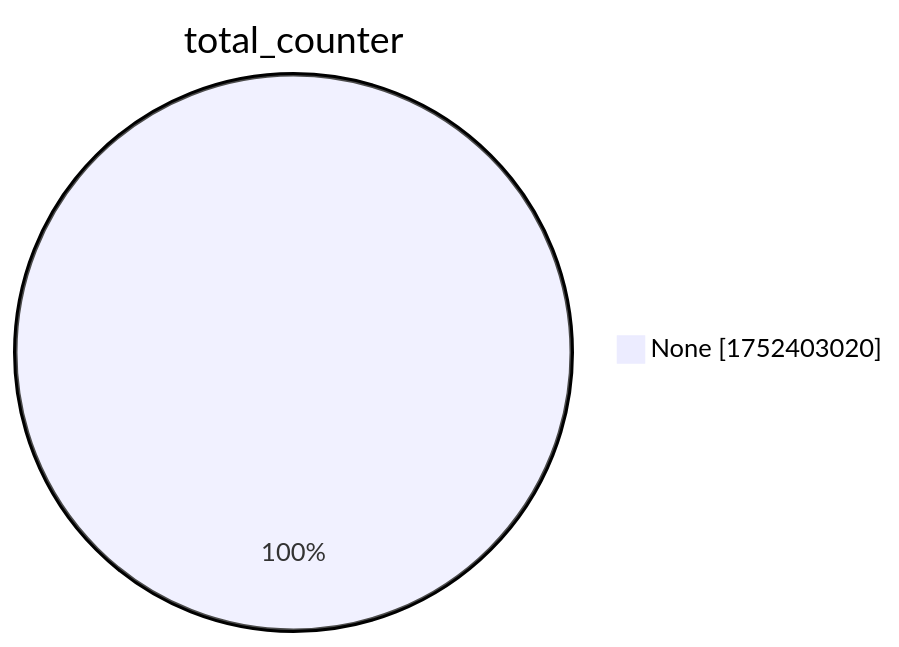
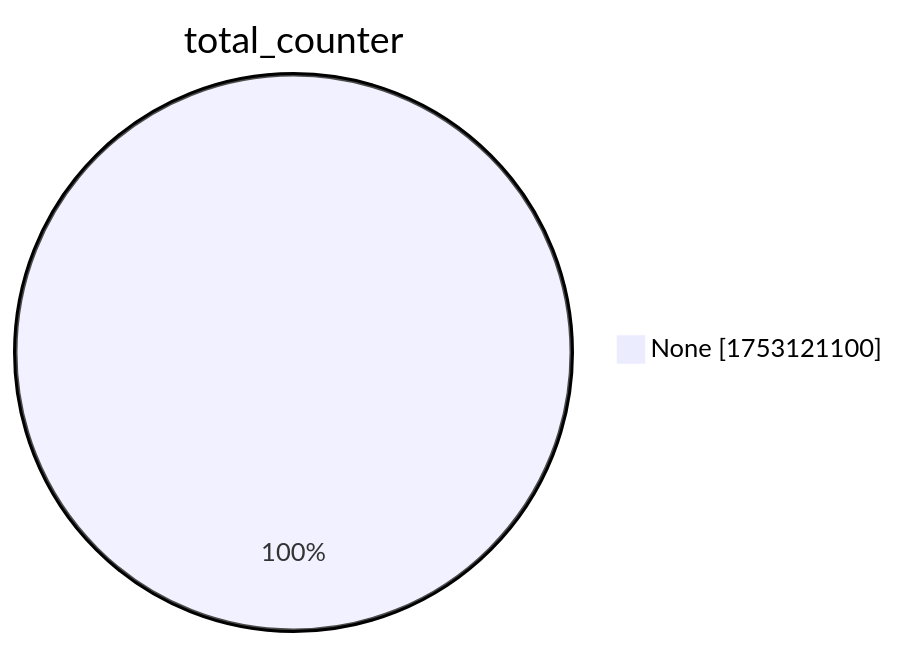
One commit to christiankrug/ctmonitor_visualization changed the second of 15 diagrams in xenon2022/README.md. Above: the diagram before and after it, drawn with Mermaid. The commit also changed other lines of this file, not shown here.

````diff
--- a/xenon2022/README.md
+++ b/xenon2022/README.md
@@ -9,5 +9,5 @@
 ```mermaid
 pie showData
 title total_counter
-"None" :1752403020
+"None" :1753121100
 ```
````
